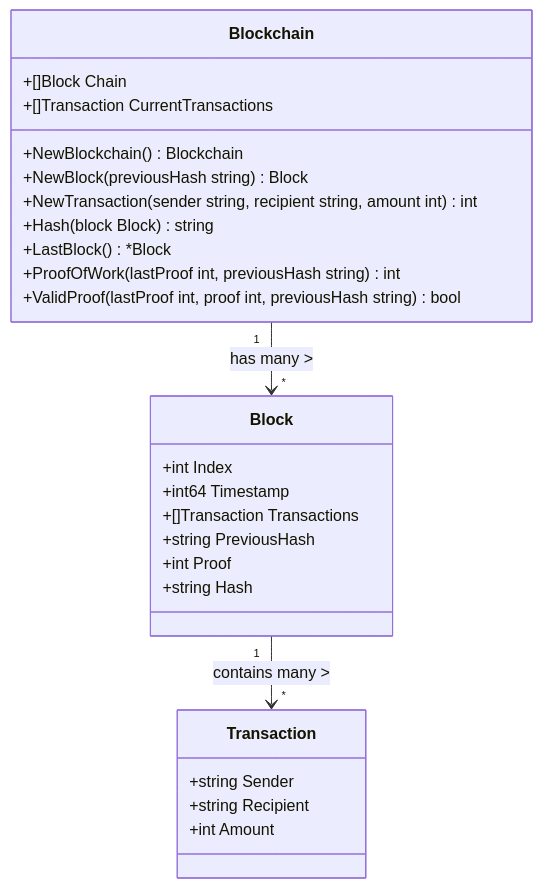
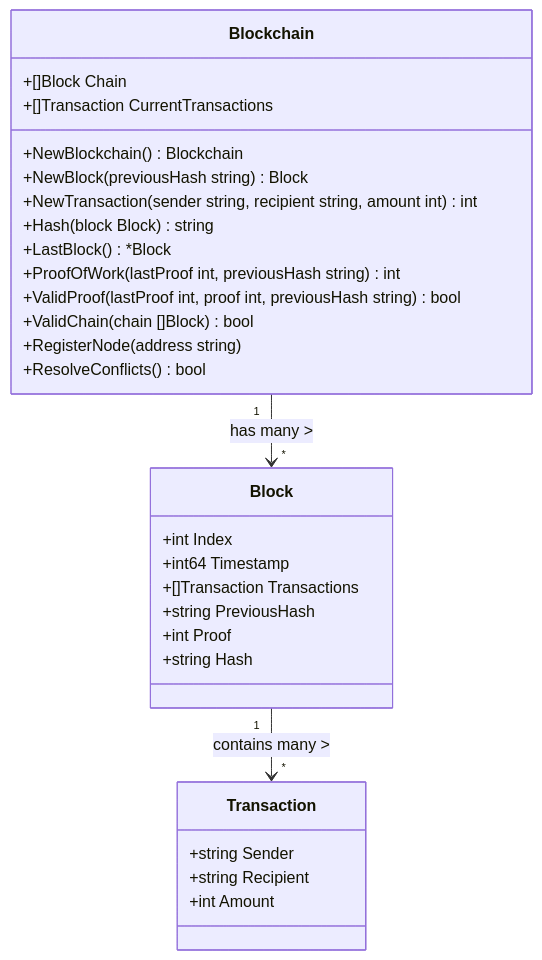
Before and after one commit to pjgg/diy-blockchain: the second of 7 diagrams in README.md, drawn with Mermaid. The commit also changed other lines of this file and 7 other files, not shown here.

````diff
--- a/README.md
+++ b/README.md
@@ -175,32 +241,35 @@
 ```mermaid
 classDiagram
     class Blockchain {
         +[]Block Chain
         +[]Transaction CurrentTransactions
         +NewBlockchain() Blockchain
         +NewBlock(previousHash string) Block
         +NewTransaction(sender string, recipient string, amount int) int
         +Hash(block Block) string
         +LastBlock() *Block
         +ProofOfWork(lastProof int, previousHash string) int
         +ValidProof(lastProof int, proof int, previousHash string) bool
+        +ValidChain(chain []Block) bool
+        +RegisterNode(address string)
+        +ResolveConflicts() bool
     }
 
     class Block {
         +int Index
         +int64 Timestamp
         +[]Transaction Transactions
         +string PreviousHash
         +int Proof
         +string Hash
     }
 
     class Transaction {
         +string Sender
         +string Recipient
         +int Amount
     }
 
     Blockchain "1" --> "*" Block : has many >
     Block "1" --> "*" Transaction : contains many >
   ```
````
